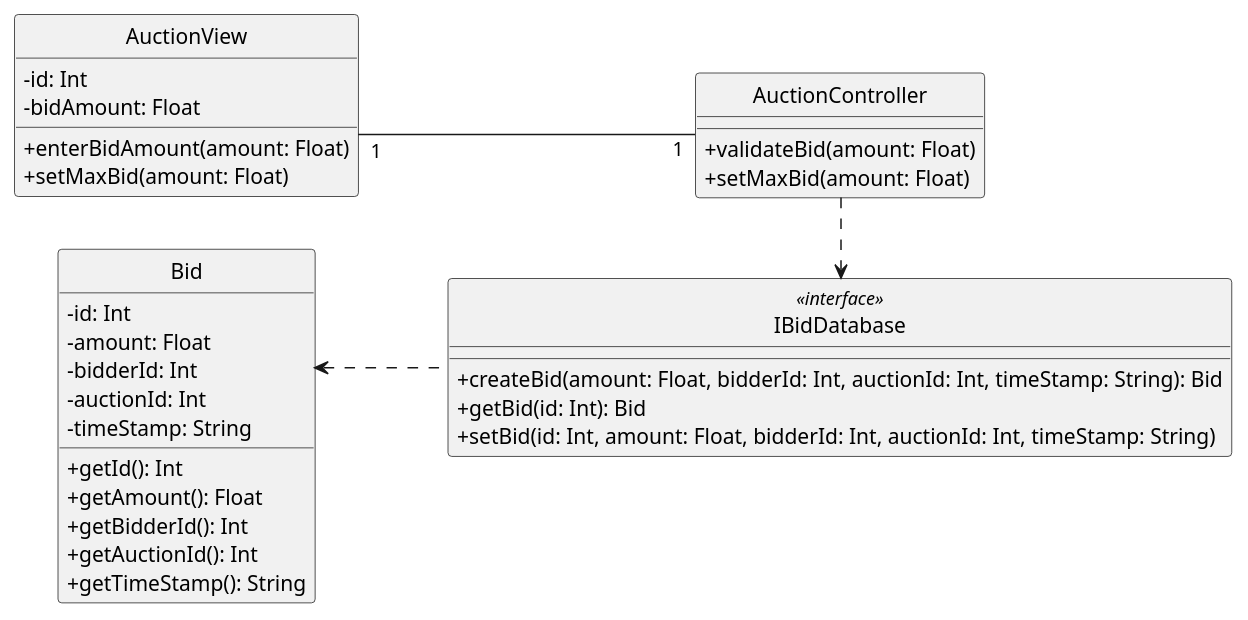
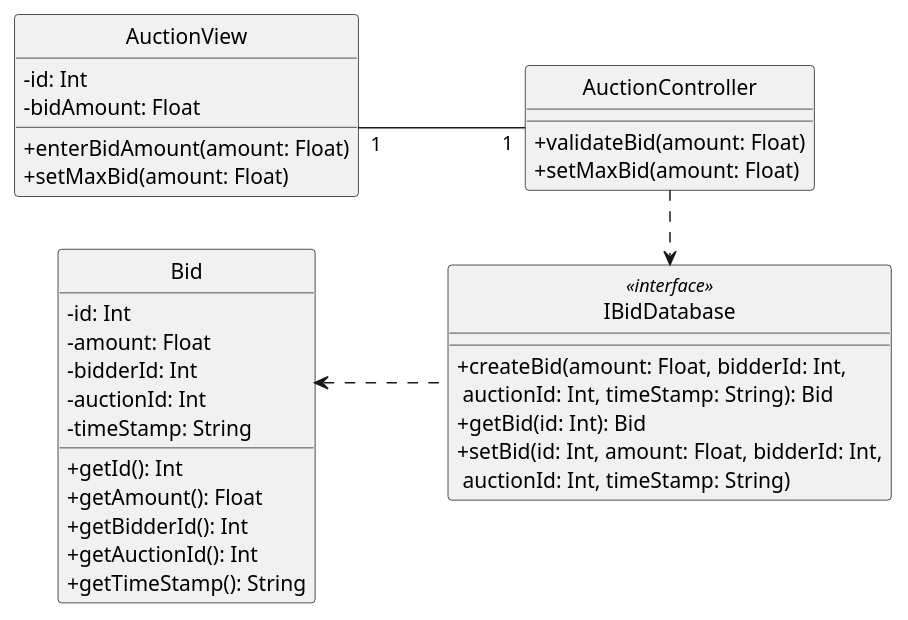
One commit to anhbanlinhle/velocity-exchange changed the diagram in uml/design/class/linh/place_bid.puml. Above: the diagram before and after it, drawn with PlantUML. The commit also changed 5 other files, not shown here.

```diff
--- a/uml/design/class/linh/place_bid.puml
+++ b/uml/design/class/linh/place_bid.puml
@@ -1,47 +1,47 @@
 @startuml 
 left to right direction
 skinparam classAttributeIconSize 0
 skinparam linetype ortho
 hide circle
 class AuctionView {
     - id: Int
     - bidAmount: Float
 
     + enterBidAmount(amount: Float)
     + setMaxBid(amount: Float)
 
     }
 
 class AuctionController {
     + validateBid(amount: Float)
     + setMaxBid(amount: Float)
 
     }
 
 class Bid {
     - id: Int
     - amount: Float
     - bidderId: Int
     - auctionId: Int
     - timeStamp: String
 
     + getId(): Int
     + getAmount(): Float
     + getBidderId(): Int
     + getAuctionId(): Int
     + getTimeStamp(): String
     }
 
 class IBidDatabase <<interface>> {
-    + createBid(amount: Float, bidderId: Int, auctionId: Int, timeStamp: String): Bid
+    + createBid(amount: Float, bidderId: Int,\n auctionId: Int, timeStamp: String): Bid
     + getBid(id: Int): Bid
-    + setBid(id: Int, amount: Float, bidderId: Int, auctionId: Int, timeStamp: String)
+    + setBid(id: Int, amount: Float, bidderId: Int,\n auctionId: Int, timeStamp: String)
     }
 
 AuctionView "1" -- "1" AuctionController
 
 AuctionController ..r> IBidDatabase
 
 IBidDatabase ..u> Bid
 
 @enduml
```
